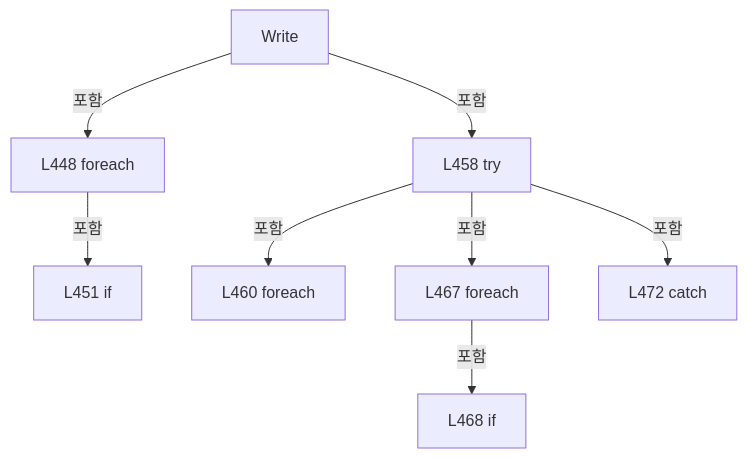
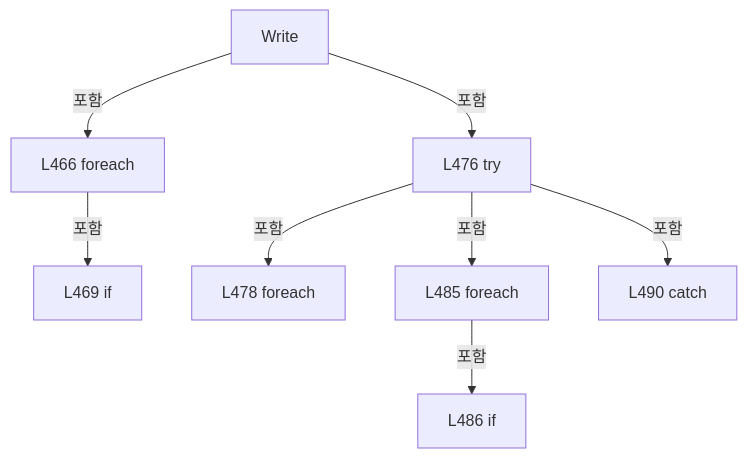
Before and after one commit to kjuws10-rgb/Shared: diagram 22 of 22 in A3 LD Code Ref/files/Drilling.Common/Correction/CAlignInterpolation.cs.md, drawn with Mermaid. The commit also changed other lines of this file and 2071 other files, not shown here.

Commit message:
docs(a3): update 11.19.0 architecture and code reference

````diff
--- a/A3 LD Code Ref/files/Drilling.Common/Correction/CAlignInterpolation.cs.md
+++ b/A3 LD Code Ref/files/Drilling.Common/Correction/CAlignInterpolation.cs.md
@@ -3735,18 +3828,18 @@
 ```mermaid
 flowchart TD
  M["Write"]
- N0["L448 foreach"]
+ N0["L466 foreach"]
  M -->|포함| N0
- N1["L451 if"]
+ N1["L469 if"]
  N0 -->|포함| N1
- N2["L458 try"]
+ N2["L476 try"]
  M -->|포함| N2
- N3["L460 foreach"]
+ N3["L478 foreach"]
  N2 -->|포함| N3
- N4["L467 foreach"]
+ N4["L485 foreach"]
  N2 -->|포함| N4
- N5["L468 if"]
+ N5["L486 if"]
  N4 -->|포함| N5
- N6["L472 catch"]
+ N6["L490 catch"]
  N2 -->|포함| N6
 ```
````
